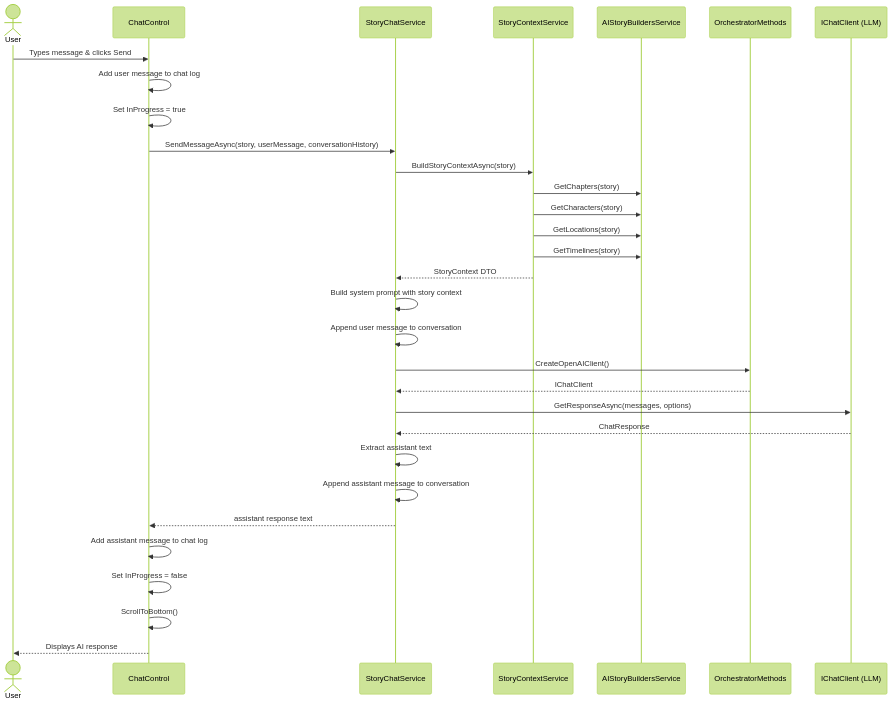
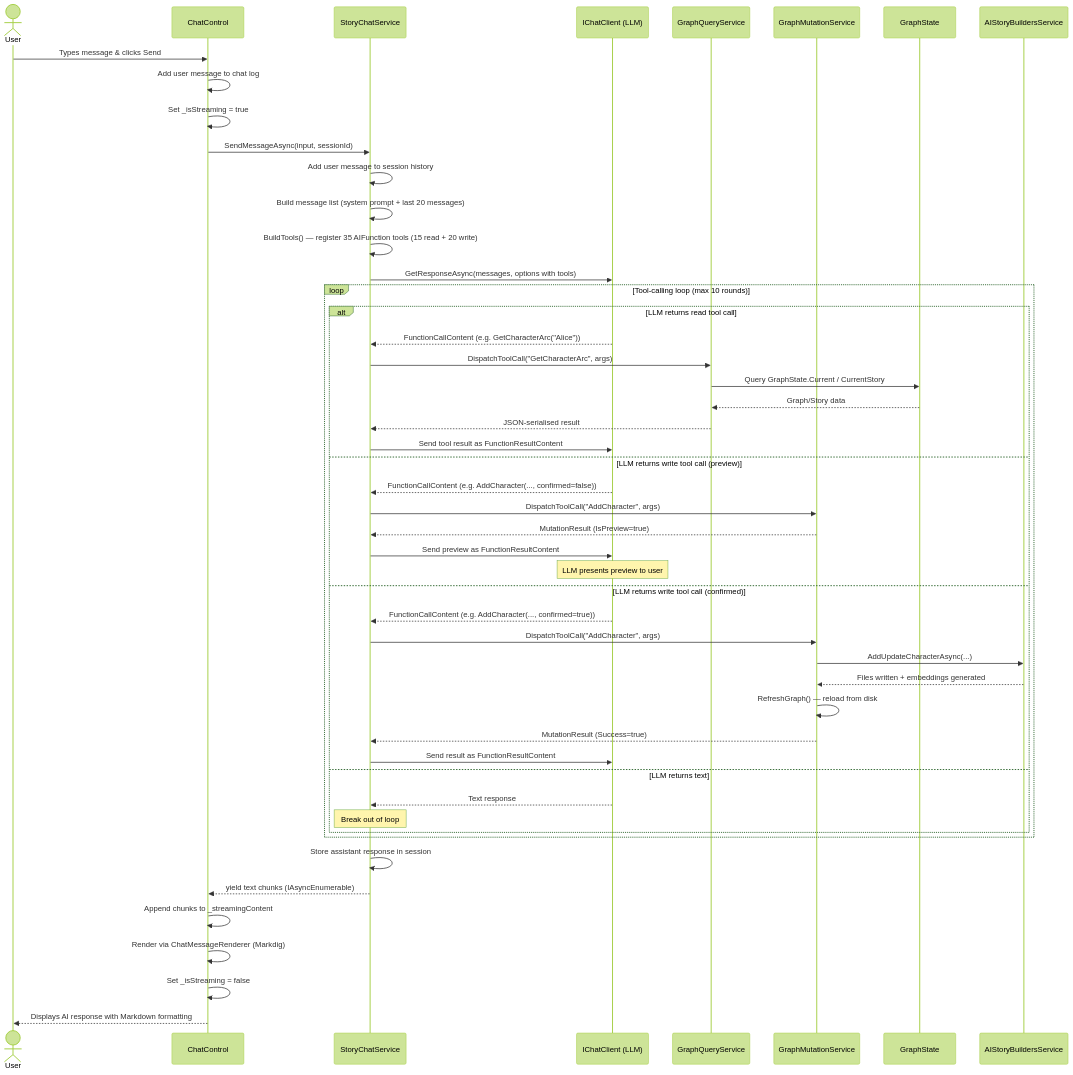
The seventh of 16 diagrams in docs/chat-tab-implementation-plan.md (AIStoryBuilders/AIStoryBuilders), drawn with Mermaid (forest theme) before and after one commit. The commit also changed other lines of this file and 1 other file, not shown here.

First line of the commit message:
Rewrite chat tab implementation plan for tool-calling AI

````diff
--- a/docs/chat-tab-implementation-plan.md
+++ b/docs/chat-tab-implementation-plan.md
@@ -159,39 +444,57 @@
 ```mermaid
 sequenceDiagram
     actor User
     participant CC as ChatControl
     participant SCS as StoryChatService
-    participant SCTX as StoryContextService
-    participant AISBS as AIStoryBuildersService
-    participant OM as OrchestratorMethods
     participant LLM as IChatClient (LLM)
+    participant GQS as GraphQueryService
+    participant GMS as GraphMutationService
+    participant GS as GraphState
+    participant ASBS as AIStoryBuildersService
 
     User->>CC: Types message & clicks Send
     CC->>CC: Add user message to chat log
-    CC->>CC: Set InProgress = true
-    CC->>SCS: SendMessageAsync(story, userMessage, conversationHistory)
+    CC->>CC: Set _isStreaming = true
+    CC->>SCS: SendMessageAsync(input, sessionId)
 
-    SCS->>SCTX: BuildStoryContextAsync(story)
-    SCTX->>AISBS: GetChapters(story)
-    SCTX->>AISBS: GetCharacters(story)
-    SCTX->>AISBS: GetLocations(story)
-    SCTX->>AISBS: GetTimelines(story)
-    SCTX-->>SCS: StoryContext DTO
+    SCS->>SCS: Add user message to session history
+    SCS->>SCS: Build message list (system prompt + last 20 messages)
+    SCS->>SCS: BuildTools() — register 35 AIFunction tools (15 read + 20 write)
+    SCS->>LLM: GetResponseAsync(messages, options with tools)
 
-    SCS->>SCS: Build system prompt with story context
-    SCS->>SCS: Append user message to conversation
-    SCS->>OM: CreateOpenAIClient()
-    OM-->>SCS: IChatClient
+    loop Tool-calling loop (max 10 rounds)
+        alt LLM returns read tool call
+            LLM-->>SCS: FunctionCallContent (e.g. GetCharacterArc("Alice"))
+            SCS->>GQS: DispatchToolCall("GetCharacterArc", args)
+            GQS->>GS: Query GraphState.Current / CurrentStory
+            GS-->>GQS: Graph/Story data
+            GQS-->>SCS: JSON-serialised result
+            SCS->>LLM: Send tool result as FunctionResultContent
+        else LLM returns write tool call (preview)
+            LLM-->>SCS: FunctionCallContent (e.g. AddCharacter(..., confirmed=false))
+            SCS->>GMS: DispatchToolCall("AddCharacter", args)
+            GMS-->>SCS: MutationResult (IsPreview=true)
+            SCS->>LLM: Send preview as FunctionResultContent
+            Note over LLM: LLM presents preview to user
+        else LLM returns write tool call (confirmed)
+            LLM-->>SCS: FunctionCallContent (e.g. AddCharacter(..., confirmed=true))
+            SCS->>GMS: DispatchToolCall("AddCharacter", args)
+            GMS->>ASBS: AddUpdateCharacterAsync(...)
+            ASBS-->>GMS: Files written + embeddings generated
+            GMS->>GMS: RefreshGraph() — reload from disk
+            GMS-->>SCS: MutationResult (Success=true)
+            SCS->>LLM: Send result as FunctionResultContent
+        else LLM returns text
+            LLM-->>SCS: Text response
+            Note over SCS: Break out of loop
+        end
+    end
 
-    SCS->>LLM: GetResponseAsync(messages, options)
-    LLM-->>SCS: ChatResponse
+    SCS->>SCS: Store assistant response in session
+    SCS-->>CC: yield text chunks (IAsyncEnumerable)
 
-    SCS->>SCS: Extract assistant text
-    SCS->>SCS: Append assistant message to conversation
-    SCS-->>CC: assistant response text
-
-    CC->>CC: Add assistant message to chat log
-    CC->>CC: Set InProgress = false
-    CC->>CC: ScrollToBottom()
-    CC-->>User: Displays AI response
+    CC->>CC: Append chunks to _streamingContent
+    CC->>CC: Render via ChatMessageRenderer (Markdig)
+    CC->>CC: Set _isStreaming = false
+    CC-->>User: Displays AI response with Markdown formatting
 ```
````
